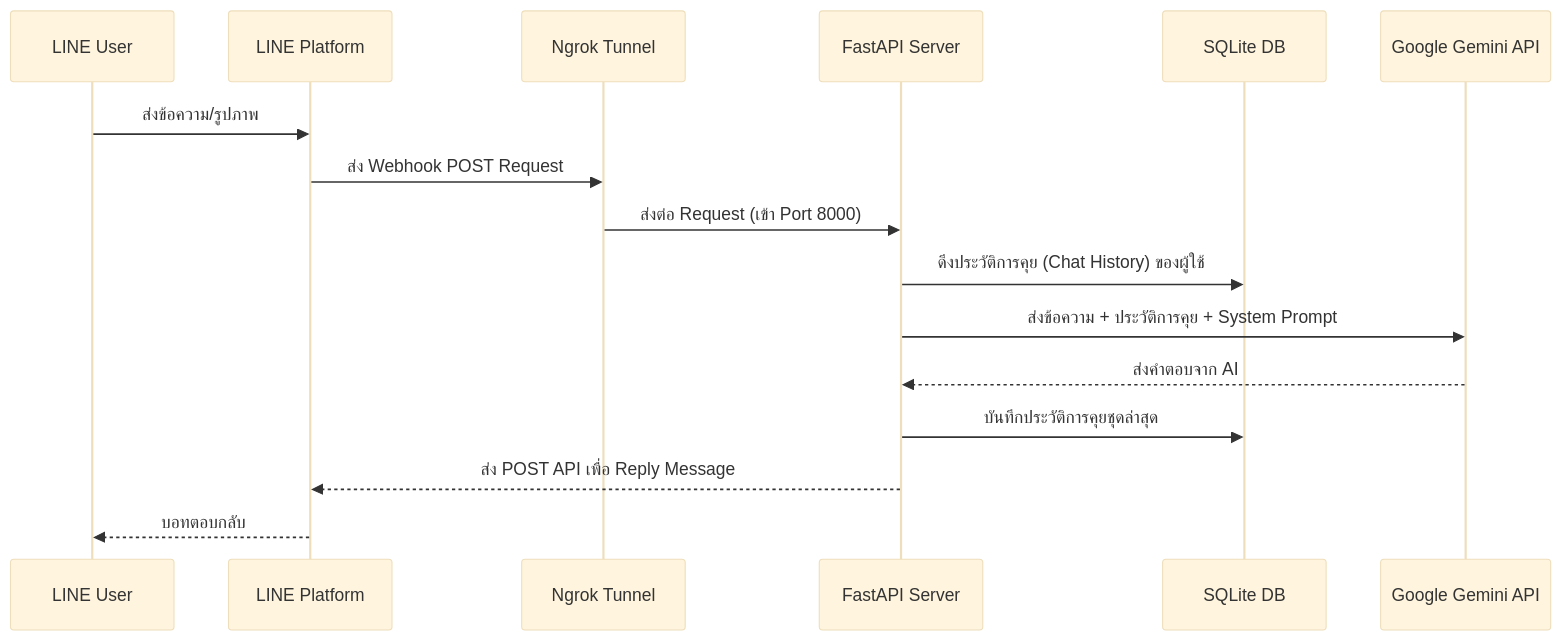
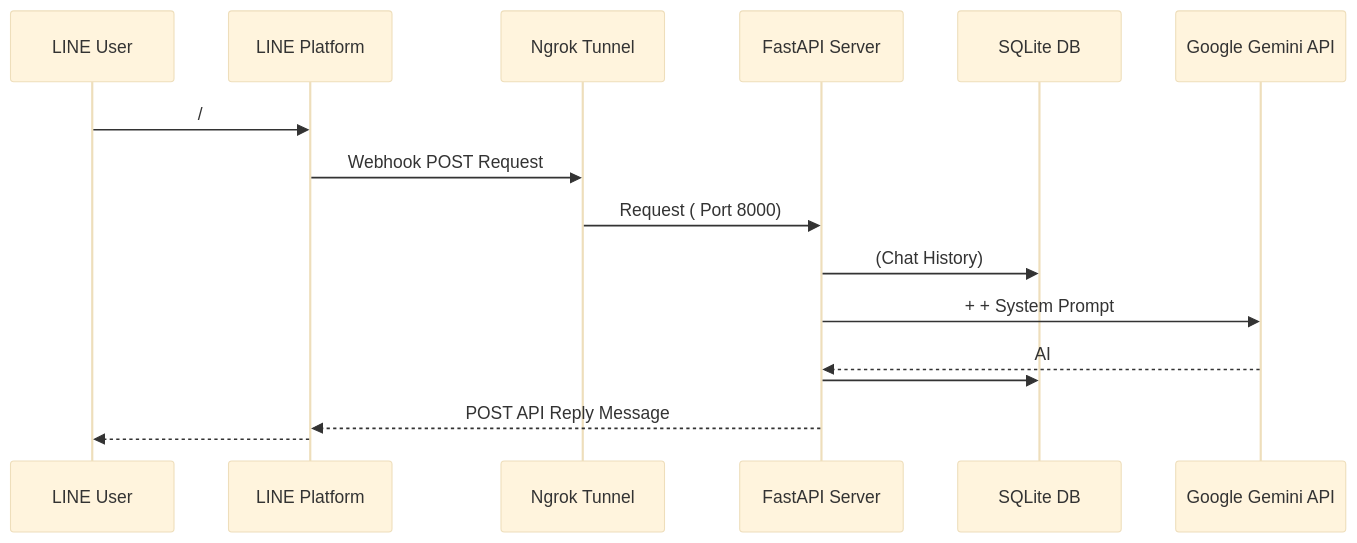
One commit to welltilln/fastapi-line-gemini changed the diagram in docs/README-TH.md. Above: the diagram before and after it, drawn with Mermaid (base theme). The commit also changed other lines of this file and 6 other files, not shown here.

````diff
--- a/docs/README-TH.md
+++ b/docs/README-TH.md
@@ -26,19 +26,19 @@
 ```mermaid
 sequenceDiagram
     participant User as LINE User
     participant LINE as LINE Platform
     participant Ngrok as Ngrok Tunnel
     participant App as FastAPI Server
     participant DB as SQLite DB
     participant Gemini as Google Gemini API
 
-    User->>LINE: ส่งข้อความ/รูปภาพ
-    LINE->>Ngrok: ส่ง Webhook POST Request 
-    Ngrok->>App: ส่งต่อ Request (เข้า Port 8000)
-    App->>DB: ดึงประวัติการคุย (Chat History) ของผู้ใช้
-    App->>Gemini: ส่งข้อความ + ประวัติการคุย + System Prompt
-    Gemini-->>App: ส่งคำตอบจาก AI
-    App->>DB: บันทึกประวัติการคุยชุดล่าสุด
-    App-->>LINE: ส่ง POST API เพื่อ Reply Message
-    LINE-->>User: บอทตอบกลับ
+    User->>LINE: /
+    LINE->>Ngrok:  Webhook POST Request 
+    Ngrok->>App:  Request ( Port 8000)
+    App->>DB:  (Chat History) 
+    App->>Gemini:  +  + System Prompt
+    Gemini-->>App:  AI
+    App->>DB: 
+    App-->>LINE:  POST API  Reply Message
+    LINE-->>User: 
 ```
````
